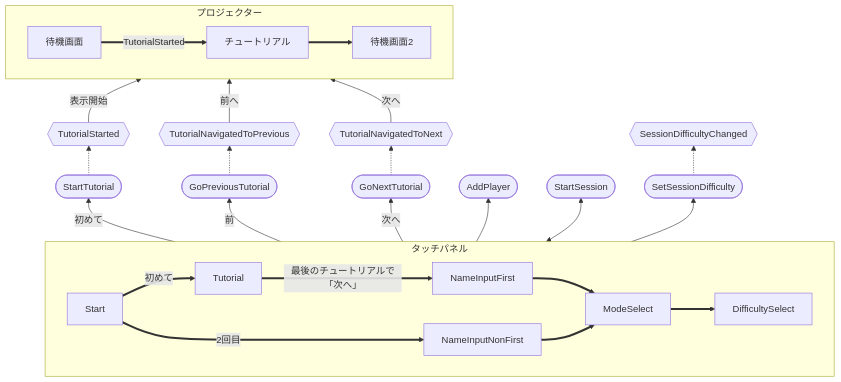
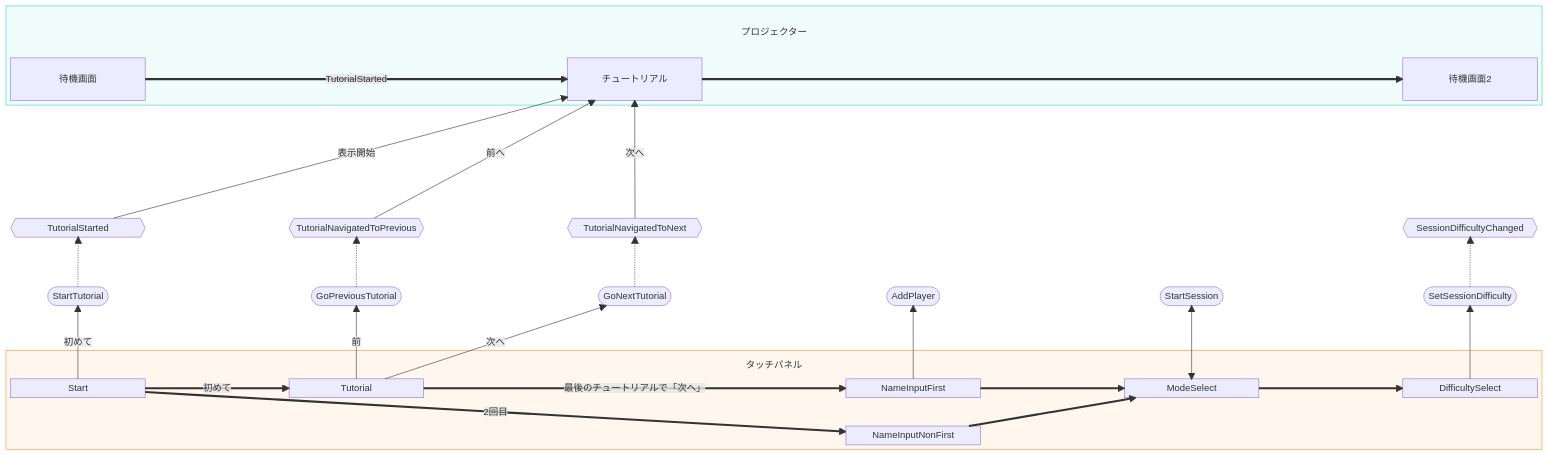
Before and after one commit to TK75Attractions/struckout: the diagram in docs/diagrams/data_flow.mmd, drawn with Mermaid. The commit also changed 1 other file, not shown here.

```diff
--- a/docs/diagrams/data_flow.mmd
+++ b/docs/diagrams/data_flow.mmd
@@ -1,57 +1,66 @@
-flowchart BT
-    subgraph Projector["プロジェクター"]
-        direction LR
-
-        Waiting1["待機画面"]
-        ProjectorTutorial["チュートリアル"]
-        Waiting2["待機画面2"]
-
-        Waiting1 ==>|"TutorialStarted"| ProjectorTutorial
-        ProjectorTutorial ==> Waiting2
+block-beta
+    %% 外部への接続で画面遷移の方向が変わらないよう、行と列を明示する。
+    columns 1
+    block:Projector
+        columns 11
+        space:5 ProjectorTitle["プロジェクター"] space:5
+        Waiting1["待機画面"] space:3 ProjectorTutorial["チュートリアル"] space:5 Waiting2["待機画面2"]
+    end
+    space
+    block:Events
+        columns 11
+        TutorialStarted{{"TutorialStarted"}} space TutorialNavigatedToPrevious{{"TutorialNavigatedToPrevious"}} space TutorialNavigatedToNext{{"TutorialNavigatedToNext"}} space:5 SessionDifficultyChanged{{"SessionDifficultyChanged"}}
+    end
+    block:Commands
+        columns 11
+        StartTutorial(["StartTutorial"]) space GoPreviousTutorial(["GoPreviousTutorial"]) space GoNextTutorial(["GoNextTutorial"]) space AddPlayer(["AddPlayer"]) space StartSession(["StartSession"]) space SetSessionDifficulty(["SetSessionDifficulty"])
+    end
+    block:TouchPanel
+        columns 11
+        space:5 TouchPanelTitle["タッチパネル"] space:5
+        Start["Start"] space Tutorial["Tutorial"] space:3 NameInputFirst["NameInputFirst"] space ModeSelect["ModeSelect"] space DifficultySelect["DifficultySelect"]
+        space:11
+        space:6 NameInputNonFirst["NameInputNonFirst"] space:4
     end
 
-    subgraph TouchPanel["タッチパネル"]
-        direction LR
-
-        Start["Start"]
-        Tutorial["Tutorial"]
-        NameInputFirst["NameInputFirst"]
-        NameInputNonFirst["NameInputNonFirst"]
-        ModeSelect["ModeSelect"]
-        DifficultySelect["DifficultySelect"]
-
-        Start ==>|"初めて"| Tutorial
-        Start ==>|"2回目"| NameInputNonFirst
-
-        Tutorial ==>|"最後のチュートリアルで「次へ」"| NameInputFirst
-
-        NameInputFirst ==> ModeSelect
-        NameInputNonFirst ==> ModeSelect
-
-        ModeSelect ==> DifficultySelect
-    end
+    %% 画面遷移（左から右）
+    Waiting1 == "TutorialStarted" ==> ProjectorTutorial
+    ProjectorTutorial ==> Waiting2
+    Start == "初めて" ==> Tutorial
+    Start == "2回目" ==> NameInputNonFirst
+    Tutorial == "最後のチュートリアルで「次へ」" ==> NameInputFirst
+    NameInputFirst ==> ModeSelect
+    NameInputNonFirst ==> ModeSelect
+    ModeSelect ==> DifficultySelect
 
     %% チュートリアル開始
-    Start -->|"初めて"| StartTutorial(["StartTutorial"])
-    StartTutorial -.-> TutorialStarted{{"TutorialStarted"}}
-    TutorialStarted -->|"表示開始"| ProjectorTutorial
+    Start -- "初めて" --> StartTutorial
+    StartTutorial -.-> TutorialStarted
+    TutorialStarted -- "表示開始" --> ProjectorTutorial
 
     %% チュートリアルの前のページへ
-    Tutorial -->|"前"| GoPreviousTutorial(["GoPreviousTutorial"])
-    GoPreviousTutorial -.-> TutorialNavigatedToPrevious{{"TutorialNavigatedToPrevious"}}
-    TutorialNavigatedToPrevious -->|"前へ"| ProjectorTutorial
+    Tutorial -- "前" --> GoPreviousTutorial
+    GoPreviousTutorial -.-> TutorialNavigatedToPrevious
+    TutorialNavigatedToPrevious -- "前へ" --> ProjectorTutorial
 
     %% チュートリアルの次のページへ
-    Tutorial -->|"次へ"| GoNextTutorial(["GoNextTutorial"])
-    GoNextTutorial -.-> TutorialNavigatedToNext{{"TutorialNavigatedToNext"}}
-    TutorialNavigatedToNext -->|"次へ"| ProjectorTutorial
+    Tutorial -- "次へ" --> GoNextTutorial
+    GoNextTutorial -.-> TutorialNavigatedToNext
+    TutorialNavigatedToNext -- "次へ" --> ProjectorTutorial
 
     %% プレイヤー登録
-    NameInputFirst --> AddPlayer(["AddPlayer"])
+    NameInputFirst --> AddPlayer
 
     %% セッション開始
-    ModeSelect <--> StartSession(["StartSession"])
+    ModeSelect <--> StartSession
 
     %% 難易度設定
-    DifficultySelect --> SetSessionDifficulty(["SetSessionDifficulty"])
-    SetSessionDifficulty -.-> SessionDifficultyChanged{{"SessionDifficultyChanged"}}
+    DifficultySelect --> SetSessionDifficulty
+    SetSessionDifficulty -.-> SessionDifficultyChanged
+
+    style Events fill:none,stroke:none
+    style Commands fill:none,stroke:none
+    style Projector fill:#F0FDFA,stroke:#2DD4BF
+    style TouchPanel fill:#FFF7ED,stroke:#FB923C
+    style ProjectorTitle fill:none,stroke:none
+    style TouchPanelTitle fill:none,stroke:none
```
